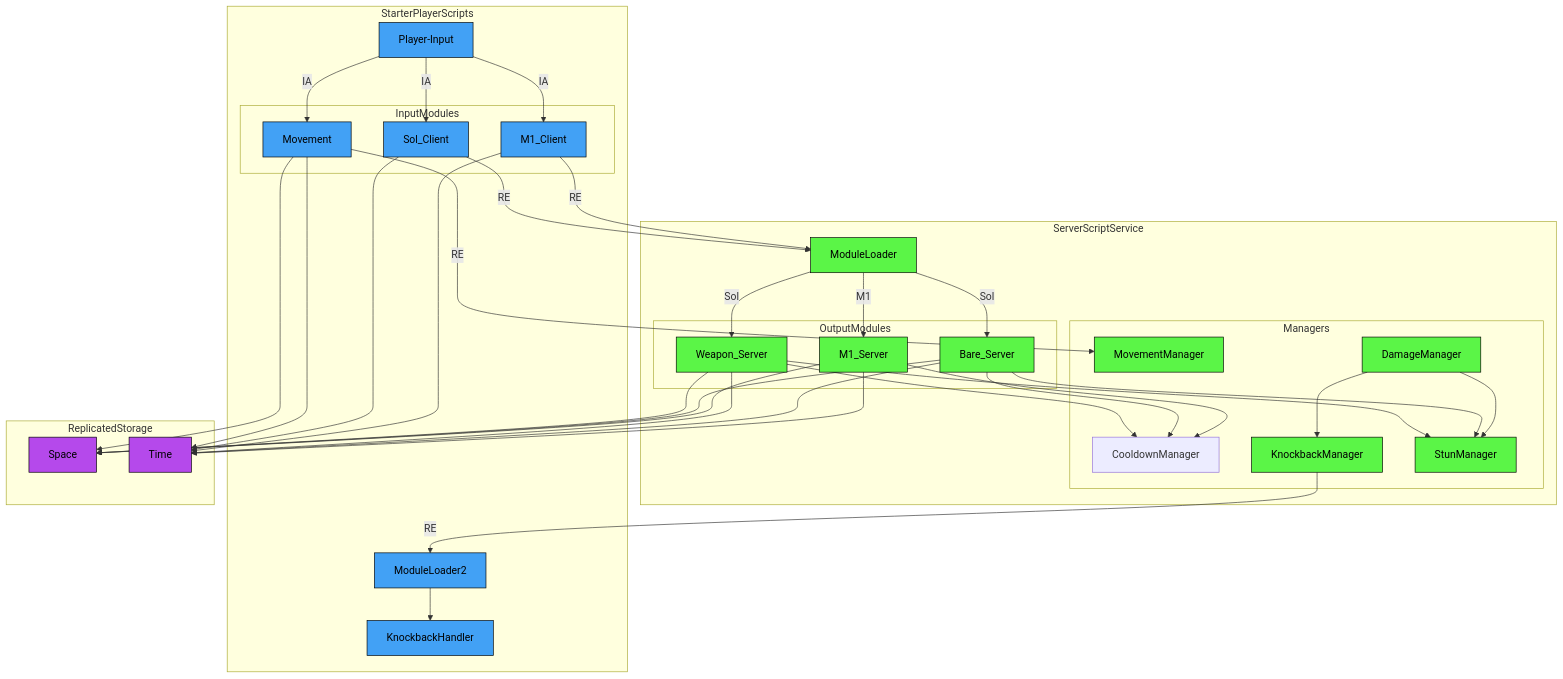
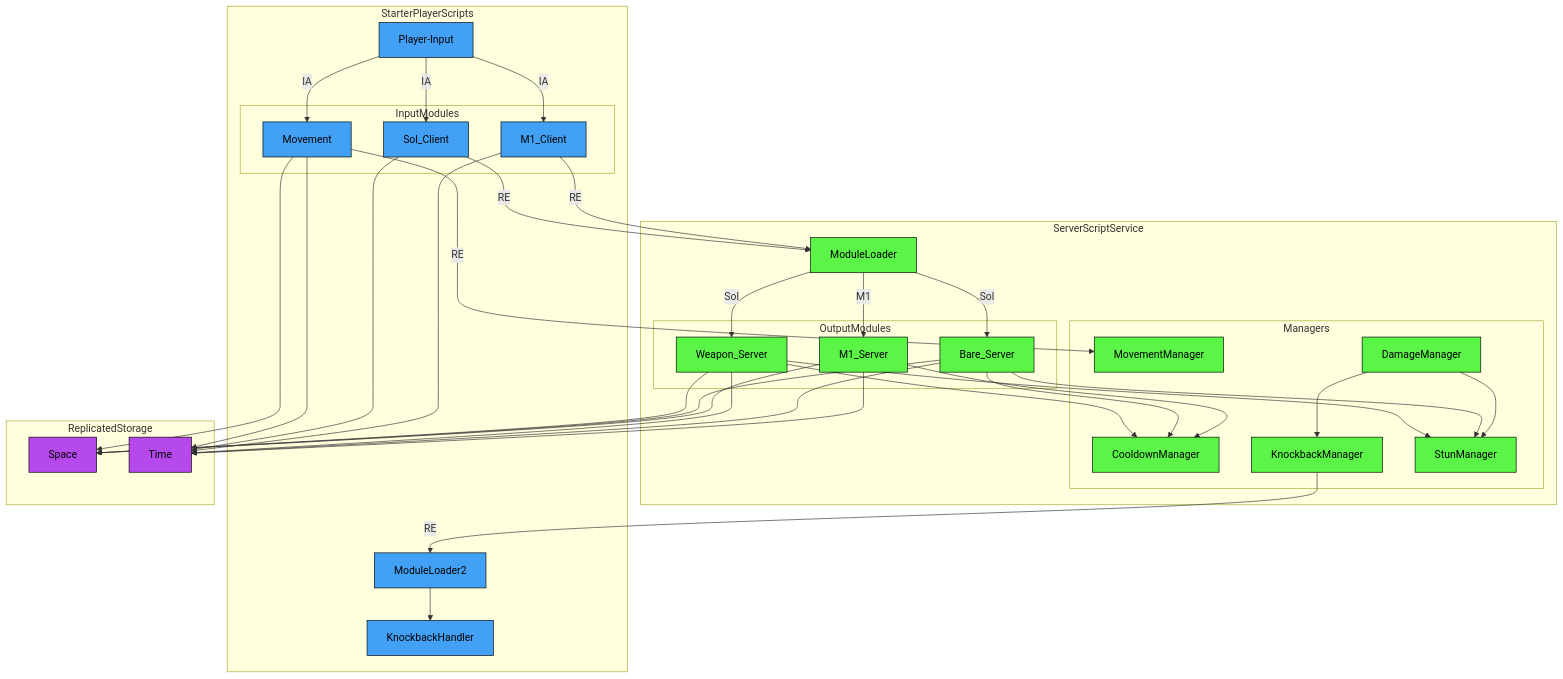
One commit to altair5607249/Crusaders-Game changed the first of 4 diagrams in README.md. Above: the diagram before and after it, drawn with Mermaid. The commit also changed other lines of this file, not shown here.

```diff
--- a/README.md
+++ b/README.md
@@ -127,7 +127,7 @@
   Movement-->Space;
   Movement-->Time;
 
-  class ModuleLoader,M1_Server,Bare_Server,Weapon_Server,MovementManager,DamageManager,KnockbackManager,StunManager serverNode;
+  class ModuleLoader,M1_Server,Bare_Server,Weapon_Server,MovementManager,DamageManager,KnockbackManager,StunManager,CooldownManager serverNode;
   class ModuleLoader2,Player-Input,M1_Client,Sol_Client,Movement,KnockbackHandler clientNode;
   class Space,Time universalNode;
 
```
